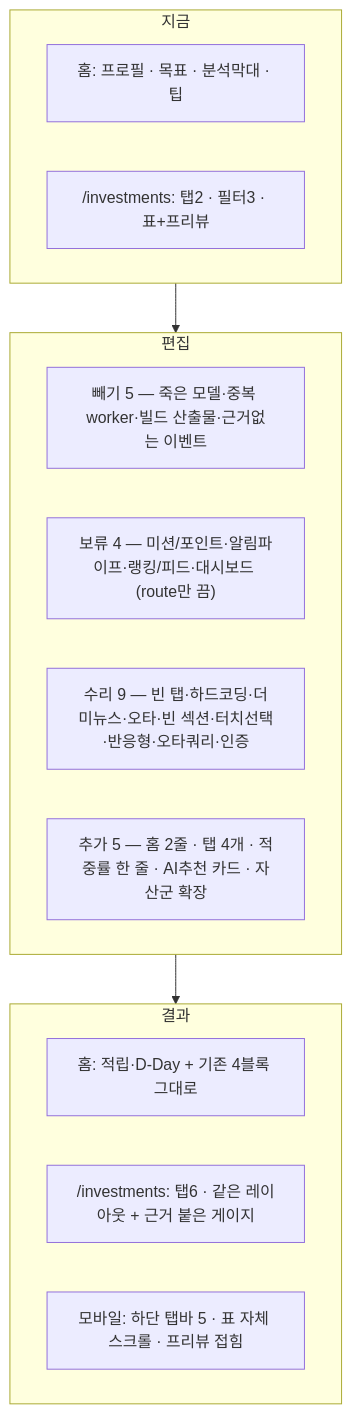
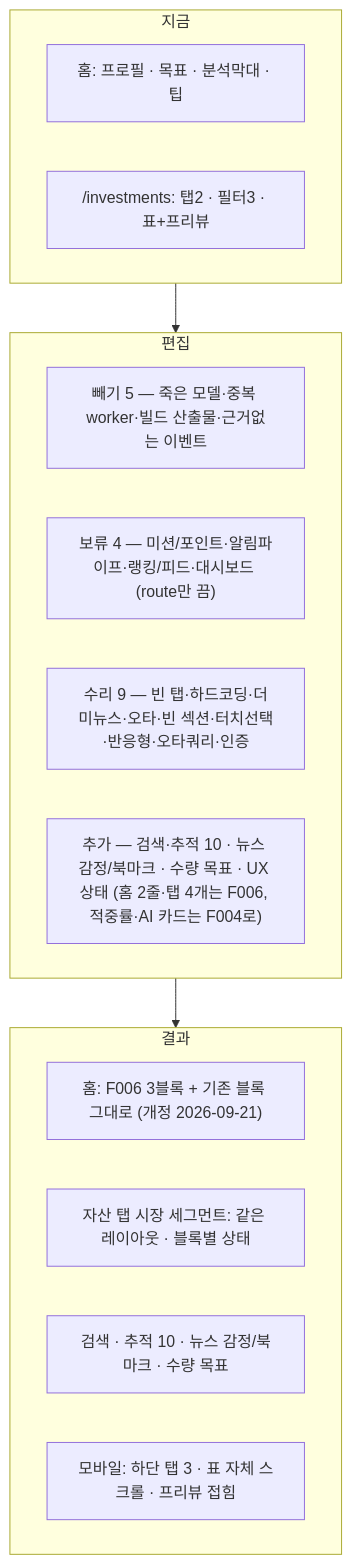
Before and after one commit to kwangyoulsagong/SALT: the diagram in pm/requirements/specs/in-progress/FEATURE-000-scope-reset.md, drawn with Mermaid. The commit also changed other lines of this file and 18 other files, not shown here.

````diff
--- a/pm/requirements/specs/in-progress/FEATURE-000-scope-reset.md
+++ b/pm/requirements/specs/in-progress/FEATURE-000-scope-reset.md
@@ -217,19 +279,20 @@
 ```mermaid
 flowchart TB
   subgraph Now["지금"]
     H1["홈: 프로필 · 목표 · 분석막대 · 팁"]
     I1["/investments: 탭2 · 필터3 · 표+프리뷰"]
   end
   subgraph Edit["편집"]
     A["빼기 5 — 죽은 모델·중복 worker·빌드 산출물·근거없는 이벤트"]
     B["보류 4 — 미션/포인트·알림파이프·랭킹/피드·대시보드 (route만 끔)"]
     C["수리 9 — 빈 탭·하드코딩·더미뉴스·오타·빈 섹션·터치선택·반응형·오타쿼리·인증"]
-    D["추가 5 — 홈 2줄 · 탭 4개 · 적중률 한 줄 · AI추천 카드 · 자산군 확장"]
+    D["추가 — 검색·추적 10 · 뉴스 감정/북마크 · 수량 목표 · UX 상태 (홈 2줄·탭 4개는 F006, 적중률·AI 카드는 F004로)"]
   end
   subgraph After["결과"]
-    H2["홈: 적립·D-Day + 기존 4블록 그대로"]
-    I2["/investments: 탭6 · 같은 레이아웃 + 근거 붙은 게이지"]
-    M2["모바일: 하단 탭바 5 · 표 자체 스크롤 · 프리뷰 접힘"]
+    H2["홈: F006 3블록 + 기존 블록 그대로 (개정 2026-09-21)"]
+    I2["자산 탭 시장 세그먼트: 같은 레이아웃 · 블록별 상태"]
+    S2["검색 · 추적 10 · 뉴스 감정/북마크 · 수량 목표"]
+    M2["모바일: 하단 탭 3 · 표 자체 스크롤 · 프리뷰 접힘"]
   end
   Now --> Edit --> After
 ```
````
